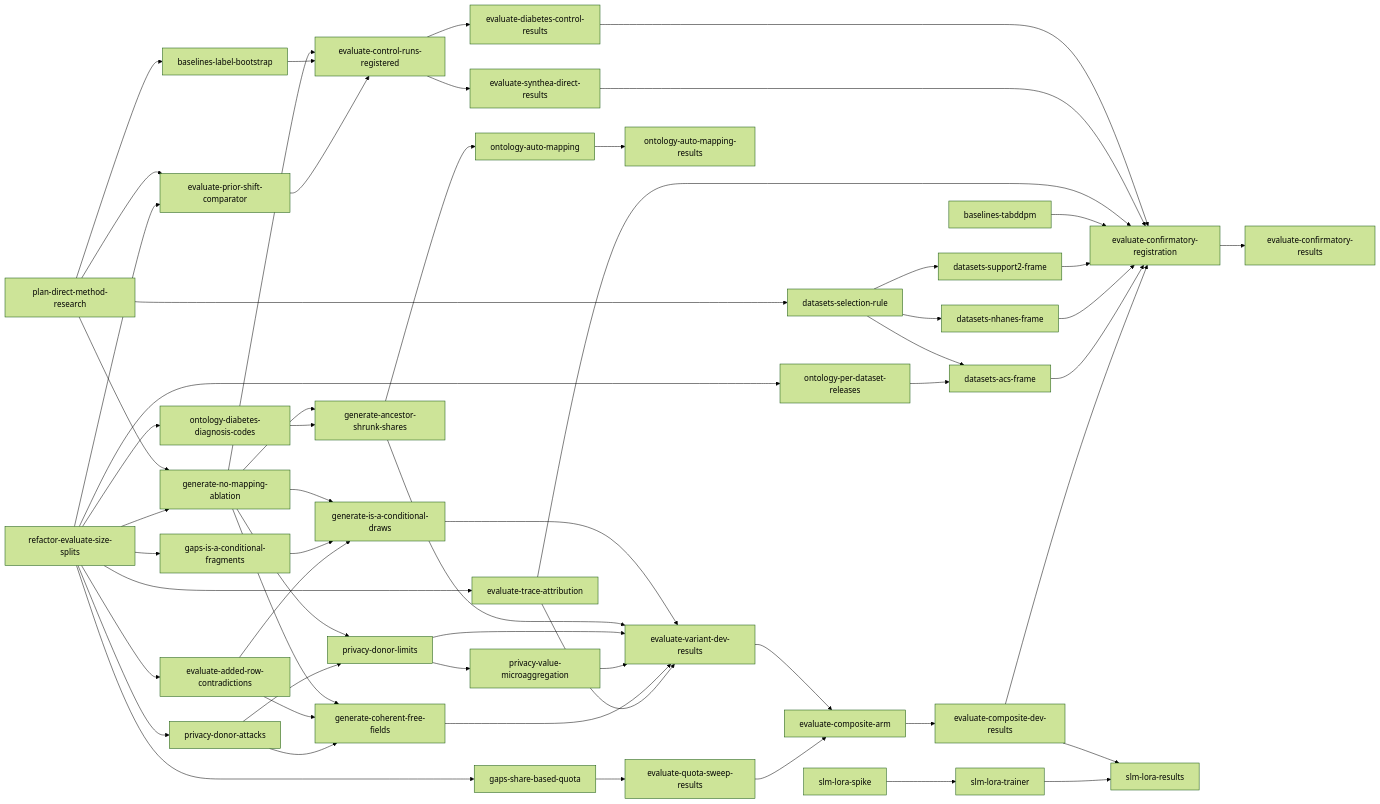
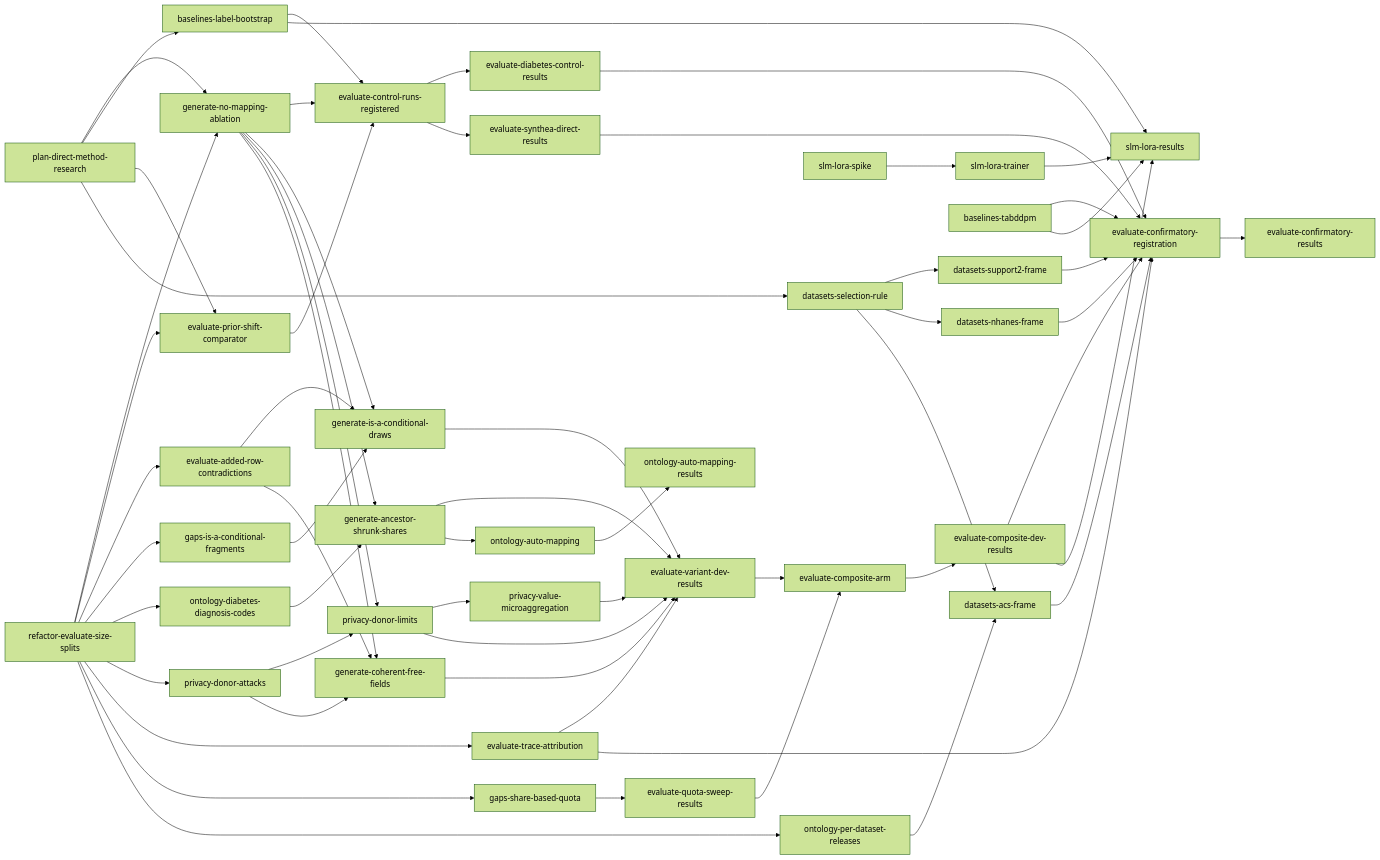
One commit to joe-dartmouth/synthetic changed the diagram in tasks/direct-index.md. Above: the diagram before and after it, drawn with Mermaid (forest theme). The commit also changed other lines of this file and 3 other files, not shown here.

````diff
--- a/tasks/direct-index.md
+++ b/tasks/direct-index.md
@@ -77,60 +77,62 @@
 ```mermaid
 flowchart LR
     u1[plan-direct-method-research] --> u3[generate-no-mapping-ablation]
     u2[refactor-evaluate-size-splits] --> u3
     u1 --> u4[baselines-label-bootstrap]
     u1 --> u5[evaluate-prior-shift-comparator]
     u2 --> u5
     u3 --> u6[evaluate-control-runs-registered]
     u4 --> u6
     u5 --> u6
     u6 --> u7[evaluate-diabetes-control-results]
     u6 --> u8[evaluate-synthea-direct-results]
     u2 --> u9[evaluate-added-row-contradictions]
     u2 --> u10[gaps-is-a-conditional-fragments]
     u3 --> u11[generate-is-a-conditional-draws]
     u10 --> u11
     u9 --> u11
     u2 --> u12[ontology-diabetes-diagnosis-codes]
     u3 --> u13[generate-ancestor-shrunk-shares]
     u12 --> u13
     u2 --> u14[privacy-donor-attacks]
     u3 --> u15[privacy-donor-limits]
     u14 --> u15
     u15 --> u16[privacy-value-microaggregation]
     u3 --> u17[generate-coherent-free-fields]
     u9 --> u17
     u14 --> u17
     u2 --> u18[evaluate-trace-attribution]
     u11 --> u19[evaluate-variant-dev-results]
     u13 --> u19
     u15 --> u19
     u16 --> u19
     u17 --> u19
     u18 --> u19
     u2 --> u20[gaps-share-based-quota]
     u20 --> u21[evaluate-quota-sweep-results]
     u1 --> u23[datasets-selection-rule]
     u2 --> u24[ontology-per-dataset-releases]
     u23 --> u25[datasets-support2-frame]
     u23 --> u26[datasets-nhanes-frame]
     u23 --> u27[datasets-acs-frame]
     u24 --> u27
     u19 --> u28[evaluate-composite-arm]
     u21 --> u28
     u28 --> u29[evaluate-composite-dev-results]
     u7 --> u30[evaluate-confirmatory-registration]
     u8 --> u30
     u18 --> u30
     u22[baselines-tabddpm] --> u30
     u25 --> u30
     u26 --> u30
     u27 --> u30
     u29 --> u30
     u30 --> u31[evaluate-confirmatory-results]
     u13 --> u32[ontology-auto-mapping]
     u32 --> u33[ontology-auto-mapping-results]
     u34[slm-lora-spike] --> u35[slm-lora-trainer]
     u29 --> u36[slm-lora-results]
     u35 --> u36
+    u4 --> u36
+    u22 --> u36
 ```
````
